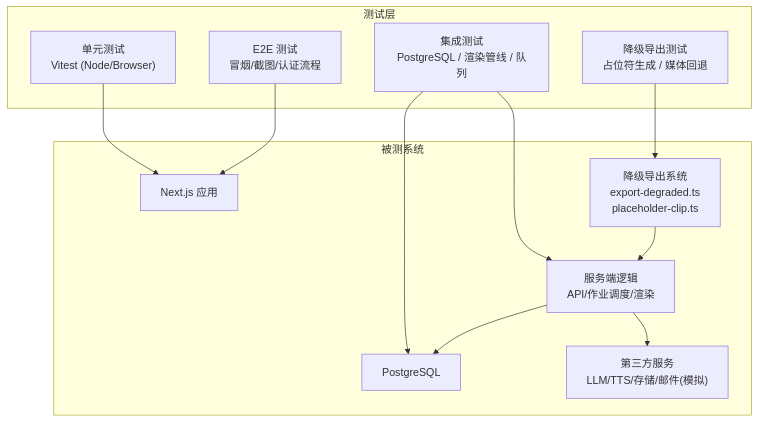
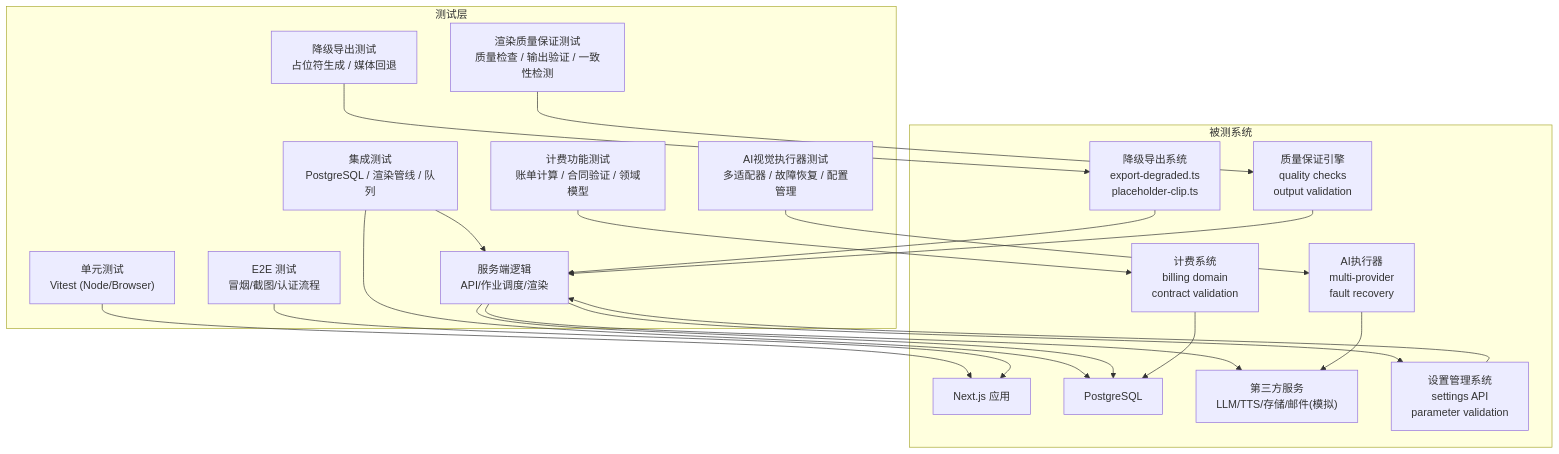
Before and after one commit to scottcwy/PurpleInk: the second of 12 diagrams in .qoder/repowiki/zh/content/测试策略/测试策略.md, drawn with Mermaid. The commit also changed other lines of this file and 48 other files, not shown here.

````diff
--- a/.qoder/repowiki/zh/content/测试策略/测试策略.md
+++ b/.qoder/repowiki/zh/content/测试策略/测试策略.md
@@ -133,24 +212,40 @@
 ```mermaid
 graph TB
 subgraph "测试层"
 U["单元测试<br/>Vitest (Node/Browser)"]
 I["集成测试<br/>PostgreSQL / 渲染管线 / 队列"]
 D["降级导出测试<br/>占位符生成 / 媒体回退"]
+B["计费功能测试<br/>账单计算 / 合同验证 / 领域模型"]
+S["设置路由测试<br/>API契约 / 参数校验 / 权限控制"]
+A["AI视觉执行器测试<br/>多适配器 / 故障恢复 / 配置管理"]
+Q["渲染质量保证测试<br/>质量检查 / 输出验证 / 一致性检测"]
 E["E2E 测试<br/>冒烟/截图/认证流程"]
 end
 subgraph "被测系统"
 N["Next.js 应用"]
 S["服务端逻辑<br/>API/作业调度/渲染"]
 DB["PostgreSQL"]
 Ext["第三方服务<br/>LLM/TTS/存储/邮件(模拟)"]
 DL["降级导出系统<br/>export-degraded.ts<br/>placeholder-clip.ts"]
+BL["计费系统<br/>billing domain<br/>contract validation"]
+ST["设置管理系统<br/>settings API<br/>parameter validation"]
+AI["AI执行器<br/>multi-provider<br/>fault recovery"]
+QA["质量保证引擎<br/>quality checks<br/>output validation"]
 end
 U --> N
 I --> S
 I --> DB
 D --> DL
+B --> BL
+S --> ST
+A --> AI
+Q --> QA
 E --> N
 S --> DB
 S --> Ext
 DL --> S
+BL --> DB
+ST --> S
+AI --> Ext
+QA --> S
 ```
````
